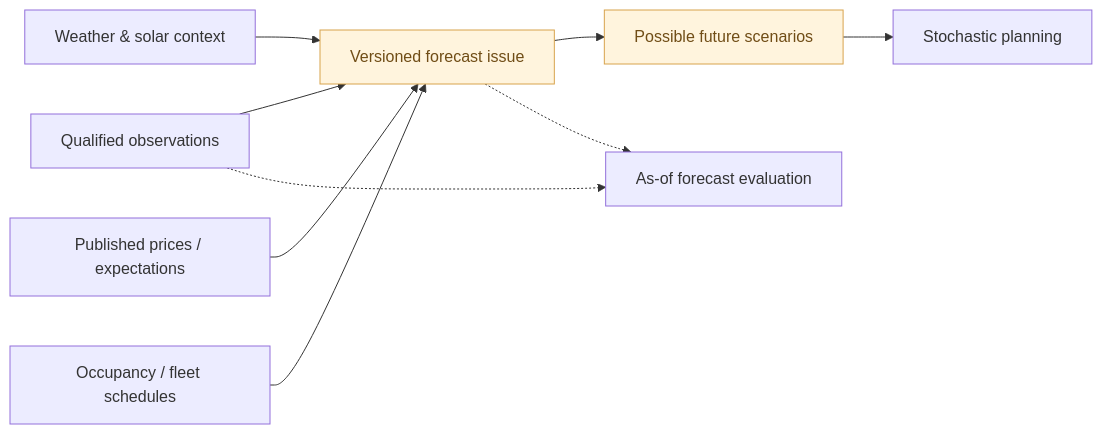
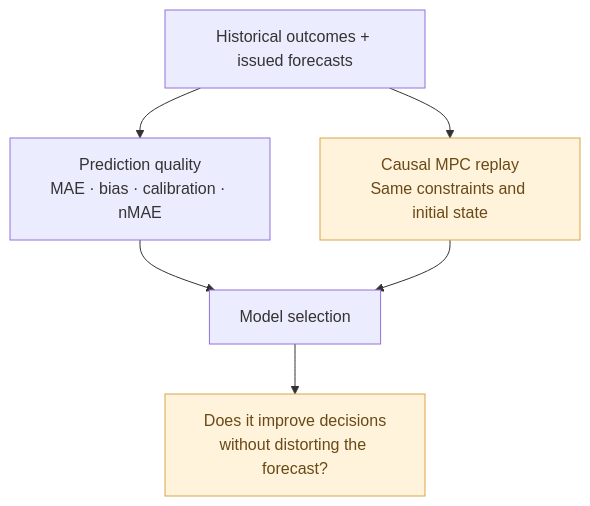
One commit to hugoenglund-wq/BEMS-public-preview changed the second of 4 diagrams in docs/architecture.md. Above: the diagram before and after it, drawn with Mermaid. The commit also changed other lines of this file, not shown here.

Commit message:
Condense architecture and expand economic forecast-loss discussion

````diff
--- a/docs/architecture.md
+++ b/docs/architecture.md
@@ -114,13 +72,10 @@
 ```mermaid
-flowchart LR
-    History["Qualified observations"] --> Issued["Versioned forecast issue"]
-    Weather["Weather & solar context"] --> Issued
-    Price["Published prices / expectations"] --> Issued
-    Operations["Occupancy / fleet schedules"] --> Issued
-    Issued --> Paths["Possible future scenarios"]
-    Paths --> Planner["Stochastic planning"]
-    Issued -.-> Replay["As-of forecast evaluation"]
-    History -.-> Replay
-    classDef forecast fill:#fff4dd,stroke:#d8a34d,color:#704d16
-    class Issued,Paths forecast
+flowchart TB
+    Reality["Historical outcomes + issued forecasts"] --> Accuracy["Prediction quality<br/>MAE · bias · calibration · nMAE"]
+    Reality --> Replay["Causal MPC replay<br/>Same constraints and initial state"]
+    Accuracy --> Compare["Model selection"]
+    Replay --> Compare
+    Compare --> Decision["Does it improve decisions<br/>without distorting the forecast?"]
+    classDef focus fill:#fff3dc,stroke:#d9a54a,color:#6a4916
+    class Replay,Decision focus
 ```
````
